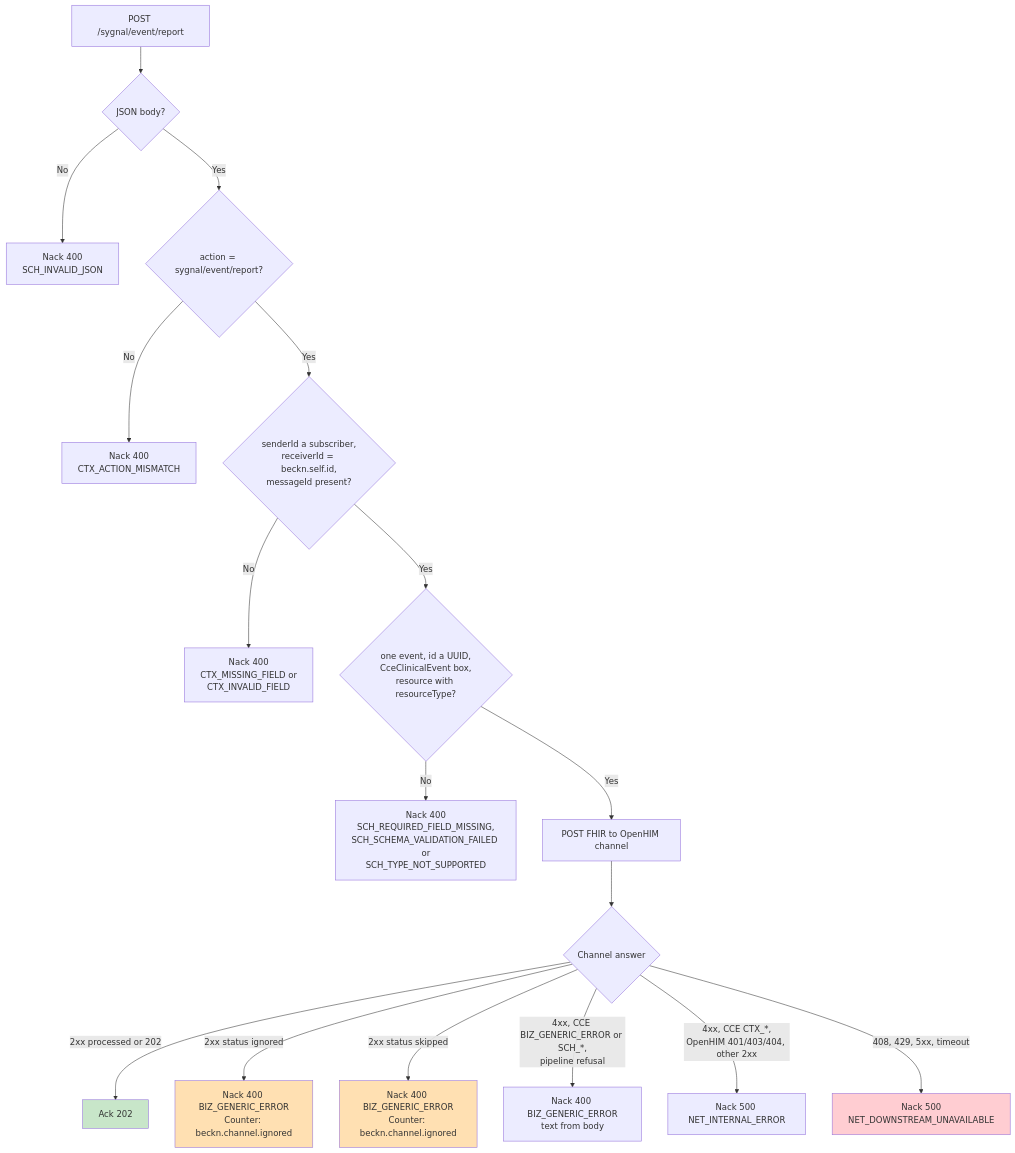
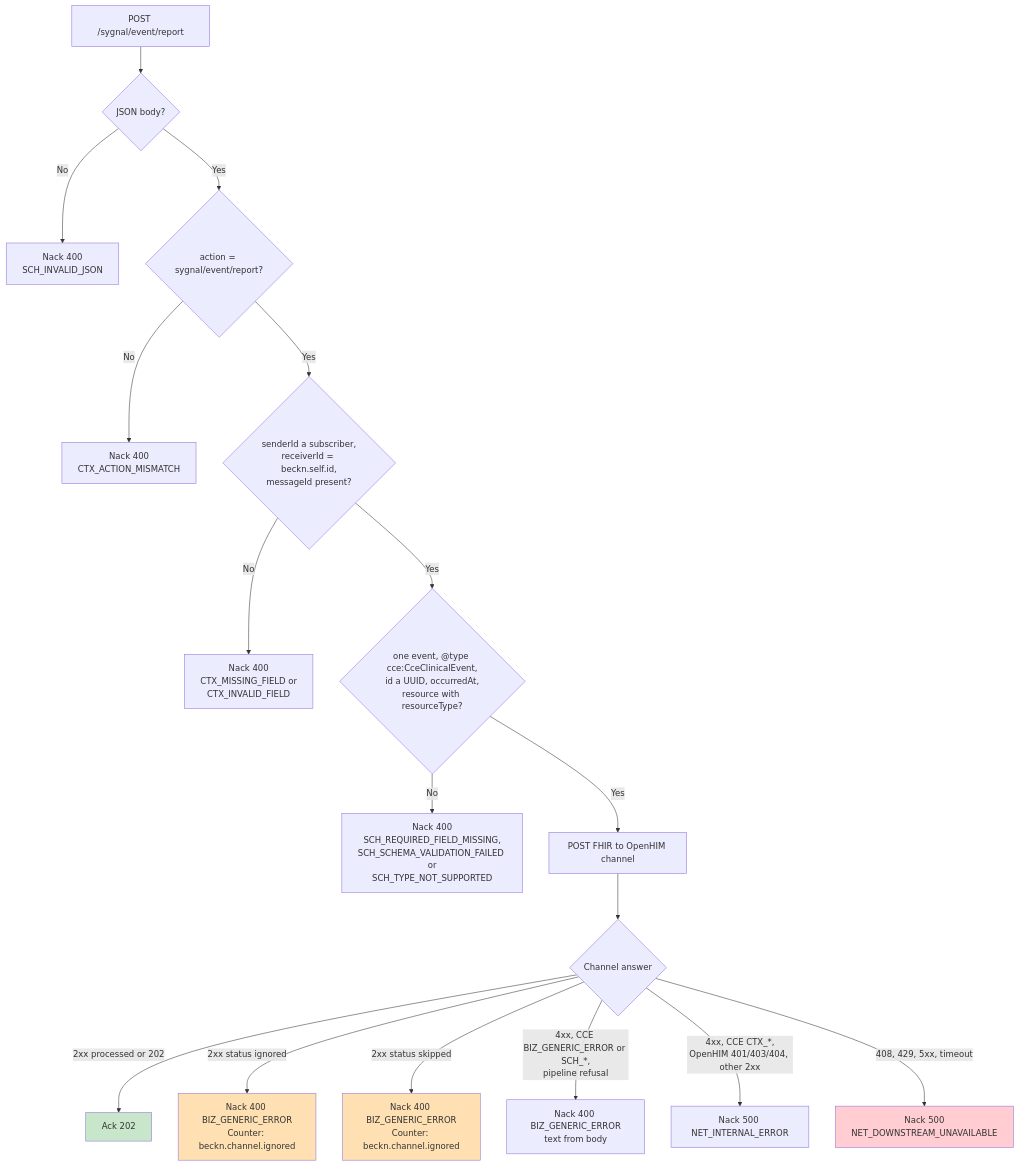
Before and after one commit to openphc/openhim-cce-emitter-adaptor: the tenth of 11 diagrams in docs/flow-diagrams.md, drawn with Mermaid. The commit also changed other lines of this file and 21 other files, not shown here.

First line of the commit message:
Carry cce:CceClinicalEvent v2.0 in sygnal/event/report instead of sygnal:CoordinationEvent

````diff
--- a/docs/flow-diagrams.md
+++ b/docs/flow-diagrams.md
@@ -425,24 +425,24 @@
 ```mermaid
 flowchart TD
     A[POST /sygnal/event/report] --> J{JSON body?}
     J -->|No| N7[Nack 400<br/>SCH_INVALID_JSON]
     J -->|Yes| B{action = sygnal/event/report?}
     B -->|No| N0[Nack 400<br/>CTX_ACTION_MISMATCH]
     B -->|Yes| C{senderId a subscriber,<br/>receiverId = beckn.self.id,<br/>messageId present?}
     C -->|No| N1[Nack 400<br/>CTX_MISSING_FIELD or<br/>CTX_INVALID_FIELD]
-    C -->|Yes| D{one event, id a UUID,<br/>CceClinicalEvent box,<br/>resource with resourceType?}
+    C -->|Yes| D{one event, @type cce:CceClinicalEvent,<br/>id a UUID, occurredAt,<br/>resource with resourceType?}
     D -->|No| N2[Nack 400<br/>SCH_REQUIRED_FIELD_MISSING,<br/>SCH_SCHEMA_VALIDATION_FAILED or<br/>SCH_TYPE_NOT_SUPPORTED]
     D -->|Yes| E[POST FHIR to OpenHIM channel]
     E --> F{Channel answer}
     F -->|2xx processed or 202| ACK[Ack 202]
     F -->|2xx status ignored| N3[Nack 400 BIZ_GENERIC_ERROR<br/>Counter: beckn.channel.ignored]
     F -->|2xx status skipped| N4[Nack 400 BIZ_GENERIC_ERROR<br/>Counter: beckn.channel.ignored]
     F -->|4xx, CCE BIZ_GENERIC_ERROR or SCH_*,<br/>pipeline refusal| N5[Nack 400 BIZ_GENERIC_ERROR<br/>text from body]
     F -->|4xx, CCE CTX_*,<br/>OpenHIM 401/403/404, other 2xx| N6[Nack 500 NET_INTERNAL_ERROR]
     F -->|408, 429, 5xx, timeout| S[Nack 500<br/>NET_DOWNSTREAM_UNAVAILABLE]
 
     style ACK fill:#c8e6c9
     style N3 fill:#ffe0b2
     style N4 fill:#ffe0b2
     style S fill:#ffcdd2
 ```
````
